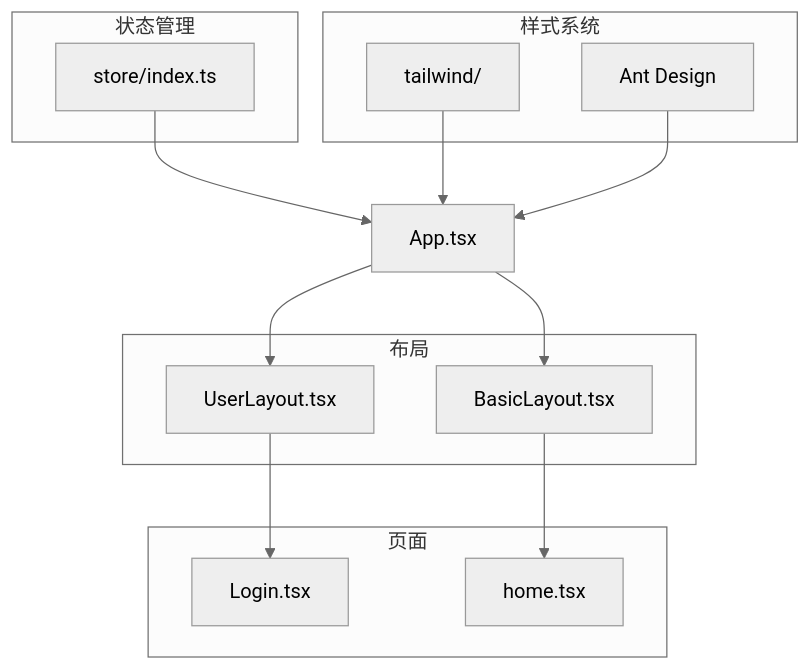
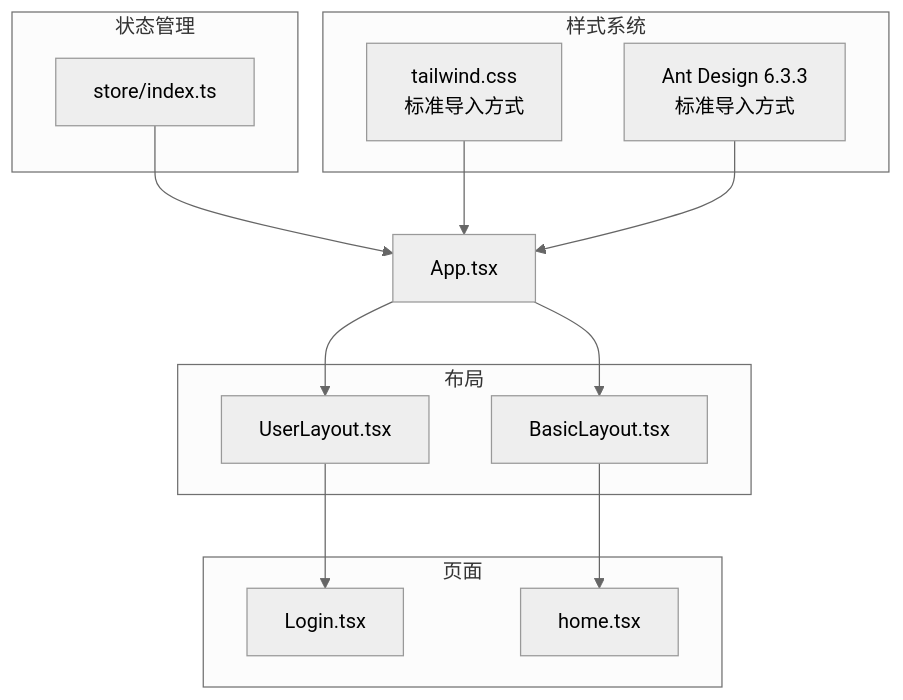
Before and after one commit to fengerzh/react-vscode-template: the first of 6 diagrams in .qoder/repowiki/zh/content/样式方案/Ant Design 集成.md, drawn with Mermaid (neutral theme). The commit also changed other lines of this file and 6 other files, not shown here.

````diff
--- a/.qoder/repowiki/zh/content/样式方案/Ant Design 集成.md
+++ b/.qoder/repowiki/zh/content/样式方案/Ant Design 集成.md
@@ -32,25 +42,25 @@
 ```mermaid
 graph TB
 subgraph "样式系统"
-Tailwind[tailwind/]
-AntDesign[Ant Design]
+Tailwind[tailwind.css<br/>标准导入方式]
+AntDesign[Ant Design 6.3.3<br/>标准导入方式]
 end
 subgraph "布局"
 BasicLayout[BasicLayout.tsx]
 UserLayout[UserLayout.tsx]
 end
 subgraph "页面"
 Login[Login.tsx]
 Home[home.tsx]
 end
 subgraph "状态管理"
 Store[store/index.ts]
 end
 App[App.tsx] --> BasicLayout
 App --> UserLayout
 BasicLayout --> Home
 UserLayout --> Login
 Store --> App
 Tailwind --> App
 AntDesign --> App
 ```
````
